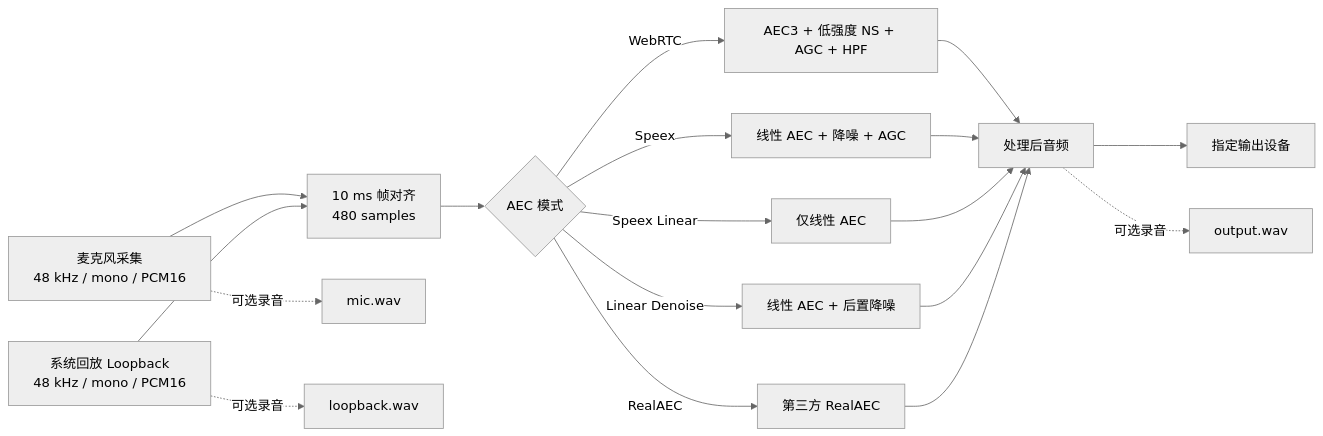
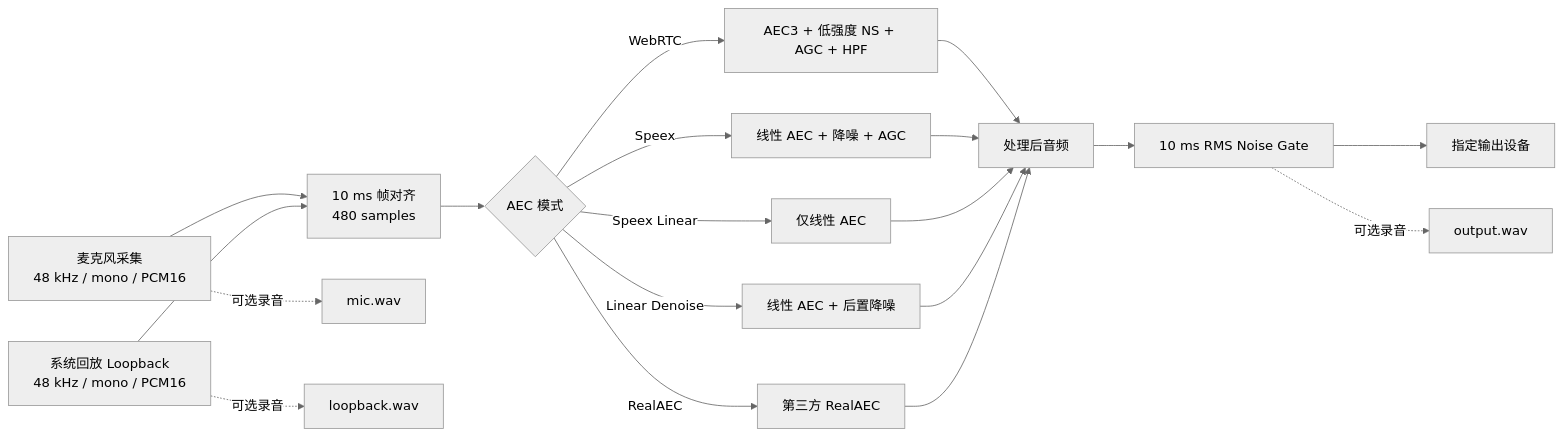
One commit to dazo6/SpeexEchoCanceller changed the diagram in README.md. Above: the diagram before and after it, drawn with Mermaid (neutral theme). The commit also changed other lines of this file and 4 other files, not shown here.

Commit message:
Add configurable post-processing noise gate

````diff
--- a/README.md
+++ b/README.md
@@ -22,20 +22,21 @@
 ```mermaid
 flowchart LR
     A[麦克风采集<br/>48 kHz / mono / PCM16] --> D[10 ms 帧对齐<br/>480 samples]
     B[系统回放 Loopback<br/>48 kHz / mono / PCM16] --> D
     D --> E{AEC 模式}
     E -->|WebRTC| F[AEC3 + 低强度 NS + AGC + HPF]
     E -->|Speex| G[线性 AEC + 降噪 + AGC]
     E -->|Speex Linear| H[仅线性 AEC]
     E -->|Linear Denoise| I[线性 AEC + 后置降噪]
     E -->|RealAEC| J[第三方 RealAEC]
     F --> K[处理后音频]
     G --> K
     H --> K
     I --> K
     J --> K
-    K --> L[指定输出设备]
+    K --> P[10 ms RMS Noise Gate]
+    P --> L[指定输出设备]
     A -.可选录音.-> M[mic.wav]
     B -.可选录音.-> N[loopback.wav]
-    K -.可选录音.-> O[output.wav]
+    P -.可选录音.-> O[output.wav]
 ```
````
